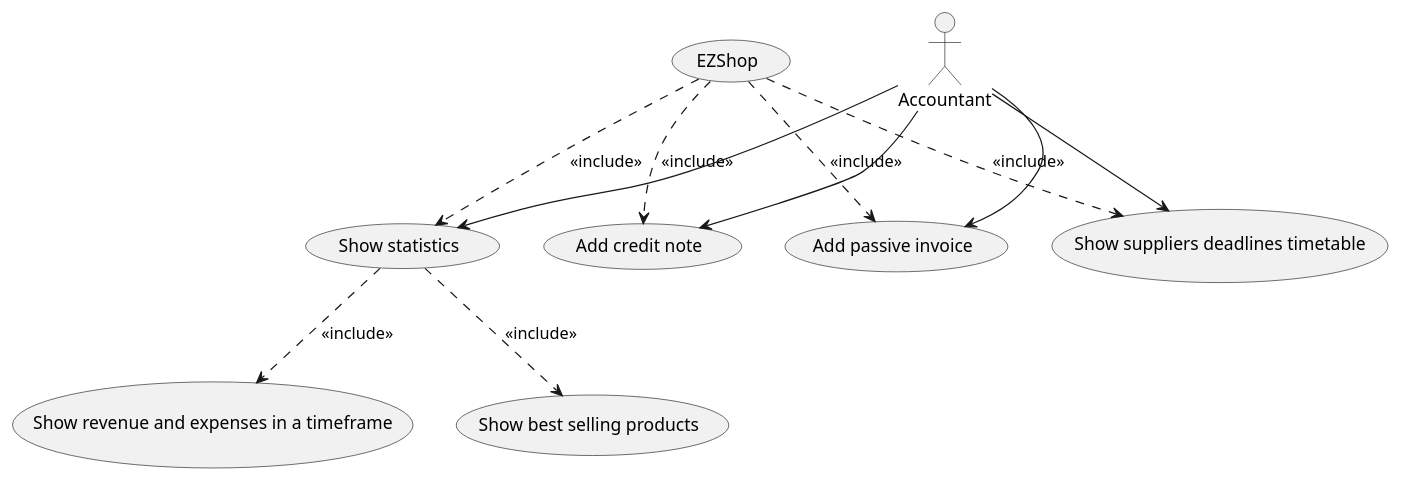
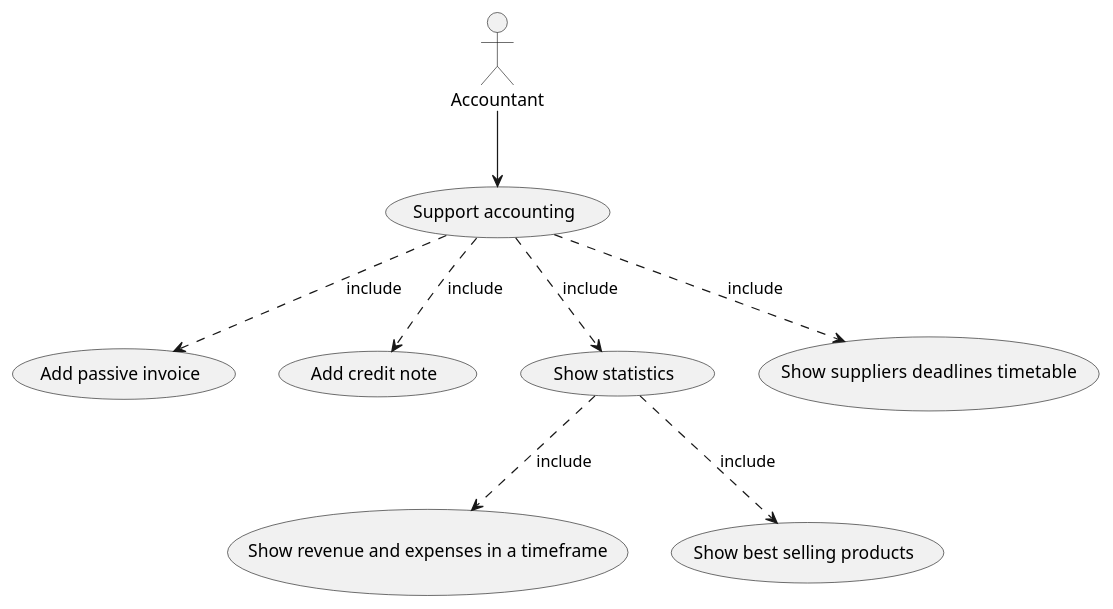
One commit to Stormz4/group20-EzShop changed the fifth of 8 diagrams in Deliverables/RequirementsDocument.md. Above: the diagram before and after it, drawn with PlantUML. The commit also changed other lines of this file, not shown here.

Commit message:
Doc: Added use case diagrams for handle customers, handle catalogue and handle accounts/authentication. Fixed use case diagram for support accounting & fixed FRs

````diff
--- a/Deliverables/RequirementsDocument.md
+++ b/Deliverables/RequirementsDocument.md
@@ -599,20 +302,15 @@
 ```plantuml
 @startuml
 'Support accounting part
-usecase (EZShop)
-(EZShop) ..> (Add passive invoice) :<<include>>
-(EZShop) ..> (Add credit note) :<<include>>
-(EZShop) ..> (Show statistics) :<<include>>
-(EZShop) ..> (Show suppliers deadlines timetable) :<<include>>
 
-:Accountant: --> (Add passive invoice)
-:Accountant: --> (Add credit note)
-:Accountant: --> (Show statistics)
+:Accountant: --> (Support accounting)
+(Support accounting) ..> (Add passive invoice) : include
+(Support accounting) ..> (Add credit note) : include
+(Support accounting) ..> (Show statistics) : include
+(Support accounting) ..> (Show suppliers deadlines  timetable) : include
 
-(Show statistics) ..> (Show revenue and expenses in a timeframe) :<<include>>
-(Show statistics) ..> (Show best selling products) :<<include>>
-
-:Accountant: --> (Show suppliers deadlines timetable)
+(Show statistics) ..> (Show revenue and expenses in a timeframe) :include
+(Show statistics) ..> (Show best selling products) :include
 
 @enduml
 ```
````
